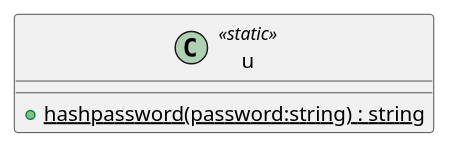
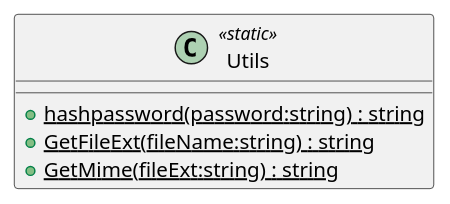
One commit to timothxy/ICT2106_P3_Project changed the diagram in YouthActionDotNet/UML/Utilities/Utilities.puml. Above: the diagram before and after it, drawn with PlantUML. The commit also changed 29 other files, not shown here.

```diff
--- a/YouthActionDotNet/UML/Utilities/Utilities.puml
+++ b/YouthActionDotNet/UML/Utilities/Utilities.puml
@@ -1,5 +1,7 @@
 @startuml
-class u <<static>> {
+class Utils <<static>> {
     + {static} hashpassword(password:string) : string
+    + {static} GetFileExt(fileName:string) : string
+    + {static} GetMime(fileExt:string) : string
 }
 @enduml
```
